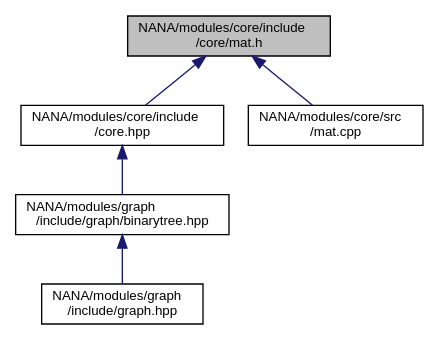
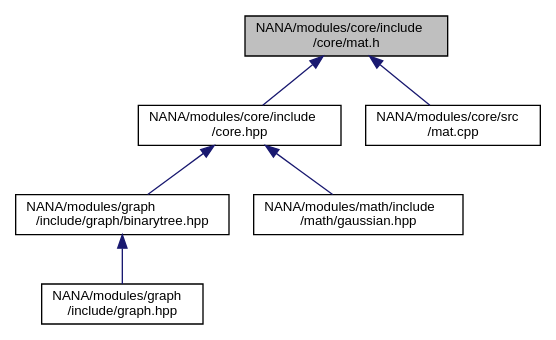
One commit to YuruTu/NANA changed the diagram in docs/mat_8h__dep__incl.dot. Above: the diagram before and after it, drawn with Graphviz. The commit also changed 149 other files, not shown here.

```diff
--- a/docs/mat_8h__dep__incl.dot
+++ b/docs/mat_8h__dep__incl.dot
@@ -1,15 +1,17 @@
 digraph "NANA/modules/core/include/core/mat.h"
 {
  // LATEX_PDF_SIZE
   edge [fontname="Helvetica",fontsize="10",labelfontname="Helvetica",labelfontsize="10"];
   node [fontname="Helvetica",fontsize="10",shape=record];
   Node1 [label="NANA/modules/core/include\l/core/mat.h",height=0.2,width=0.4,color="black", fillcolor="grey75", style="filled", fontcolor="black",tooltip="实现一个用于矩阵运算的模板类(仍在实现当中)"];
   Node1 -> Node2 [dir="back",color="midnightblue",fontsize="10",style="solid",fontname="Helvetica"];
   Node2 [label="NANA/modules/core/include\l/core.hpp",height=0.2,width=0.4,color="black", fillcolor="white", style="filled",URL="$core_8hpp.html",tooltip="包含基本的数据结构等"];
   Node2 -> Node3 [dir="back",color="midnightblue",fontsize="10",style="solid",fontname="Helvetica"];
   Node3 [label="NANA/modules/graph\l/include/graph/binarytree.hpp",height=0.2,width=0.4,color="black", fillcolor="white", style="filled",URL="$binarytree_8hpp.html",tooltip="实现二叉树的模板"];
   Node3 -> Node4 [dir="back",color="midnightblue",fontsize="10",style="solid",fontname="Helvetica"];
   Node4 [label="NANA/modules/graph\l/include/graph.hpp",height=0.2,width=0.4,color="black", fillcolor="white", style="filled",URL="$graph_8hpp.html",tooltip="实现图论相关算法"];
-  Node1 -> Node5 [dir="back",color="midnightblue",fontsize="10",style="solid",fontname="Helvetica"];
-  Node5 [label="NANA/modules/core/src\l/mat.cpp",height=0.2,width=0.4,color="black", fillcolor="white", style="filled",URL="$mat_8cpp.html",tooltip="实现Mat的相关功能"];
+  Node2 -> Node5 [dir="back",color="midnightblue",fontsize="10",style="solid",fontname="Helvetica"];
+  Node5 [label="NANA/modules/math/include\l/math/gaussian.hpp",height=0.2,width=0.4,color="black", fillcolor="white", style="filled",URL="$gaussian_8hpp_source.html",tooltip=" "];
+  Node1 -> Node6 [dir="back",color="midnightblue",fontsize="10",style="solid",fontname="Helvetica"];
+  Node6 [label="NANA/modules/core/src\l/mat.cpp",height=0.2,width=0.4,color="black", fillcolor="white", style="filled",URL="$mat_8cpp.html",tooltip="实现Mat的相关功能"];
 }
```
